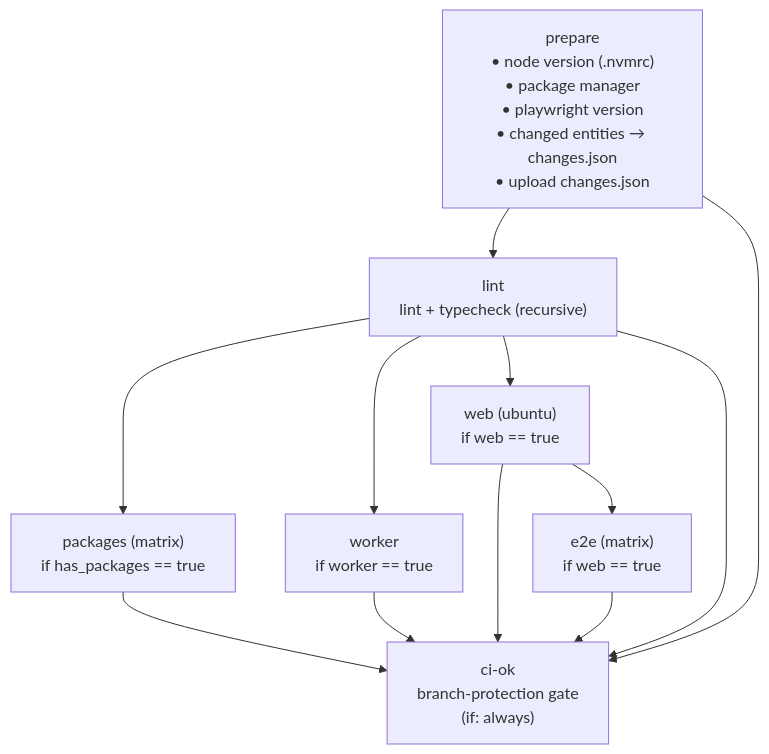
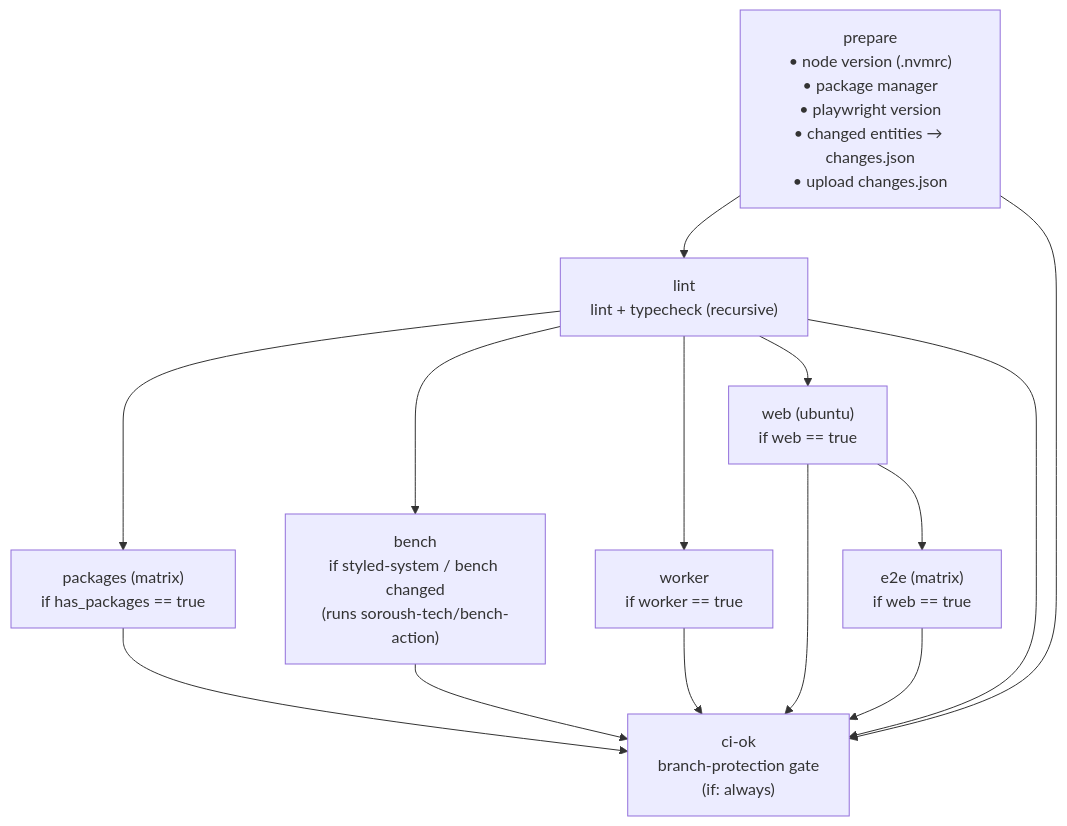
Before and after one commit to soroush-tech/core: the second of 6 diagrams in .github/workflows/README.md, drawn with Mermaid. The commit also changed 8 other files, not shown here.

First line of the commit message:
feat(CI): gate styled-system PRs on the bench performance target - close #302

````diff
--- a/.github/workflows/README.md
+++ b/.github/workflows/README.md
@@ -60,22 +60,25 @@
 ```mermaid
 flowchart TD
     prepare["prepare<br/>• node version (.nvmrc)<br/>• package manager<br/>• playwright version<br/>• changed entities → changes.json<br/>• upload changes.json"]
     lint["lint<br/>lint + typecheck (recursive)"]
     packages["packages (matrix)<br/>if has_packages == true"]
+    bench["bench<br/>if styled-system / bench changed<br/>(runs soroush-tech/bench-action)"]
     worker["worker<br/>if worker == true"]
     web["web (ubuntu)<br/>if web == true"]
     e2e["e2e (matrix)<br/>if web == true"]
     ciok["ci-ok<br/>branch-protection gate<br/>(if: always)"]
 
     prepare --> lint
     lint --> packages
+    lint --> bench
     lint --> worker
     lint --> web
     web --> e2e
     packages --> ciok
+    bench --> ciok
     worker --> ciok
     web --> ciok
     e2e --> ciok
     lint --> ciok
     prepare --> ciok
 ```
````
